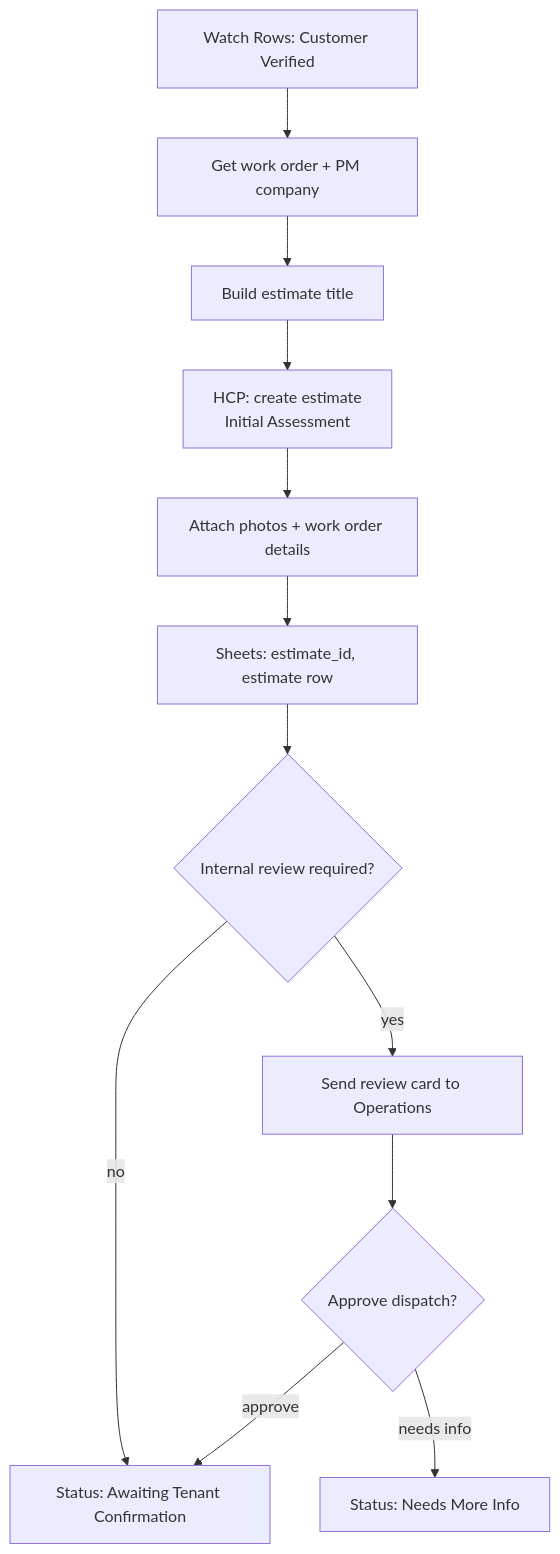
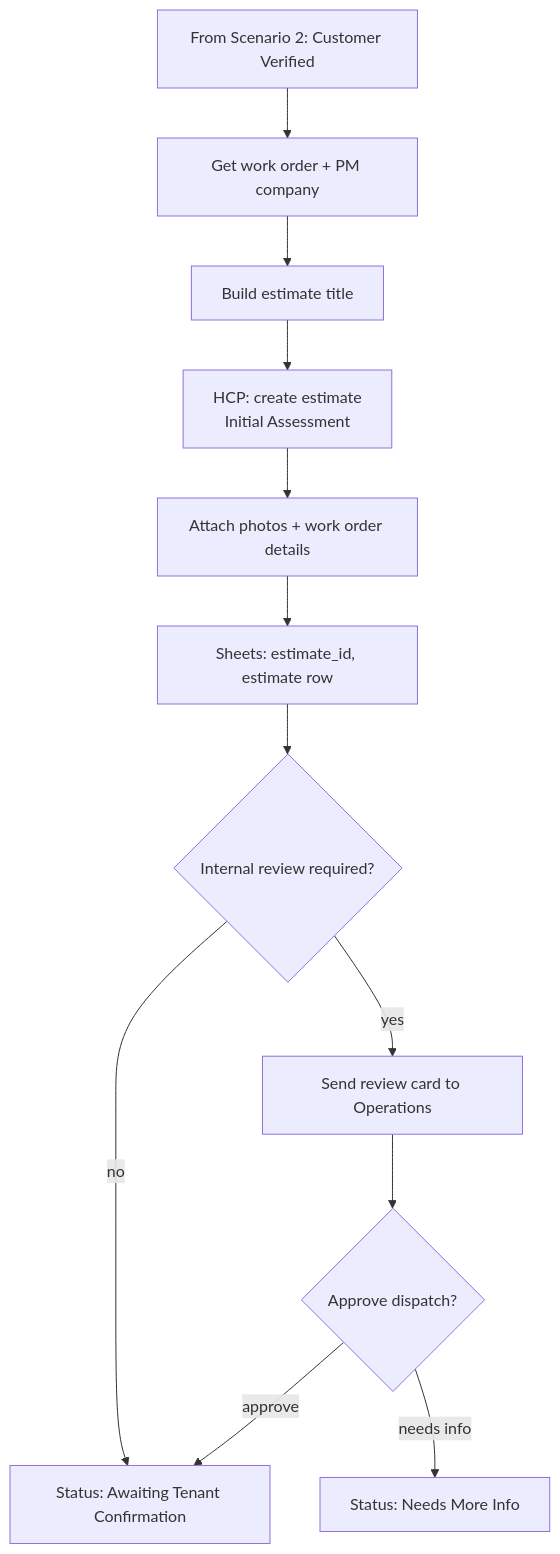
Before and after one commit to mariafe-jmbrandify/ai-property-maintenance-automation: the diagram in docs/scenarios/03-initial-estimate.md, drawn with Mermaid. The commit also changed other lines of this file and 35 other files, not shown here.

````diff
--- a/docs/scenarios/03-initial-estimate.md
+++ b/docs/scenarios/03-initial-estimate.md
@@ -17,14 +17,14 @@
 ```mermaid
 flowchart TD
-    A[Watch Rows: Customer Verified] --> B[Get work order + PM company]
+    A[From Scenario 2: Customer Verified] --> B[Get work order + PM company]
     B --> C[Build estimate title]
     C --> D[HCP: create estimate<br/>Initial Assessment]
     D --> E[Attach photos + work order details]
     E --> F[Sheets: estimate_id, estimate row]
     F --> G{Internal review required?}
     G -- no --> H[Status: Awaiting Tenant Confirmation]
     G -- yes --> I[Send review card to Operations]
     I --> J{Approve dispatch?}
     J -- approve --> H
     J -- needs info --> K[Status: Needs More Info]
 ```
````
